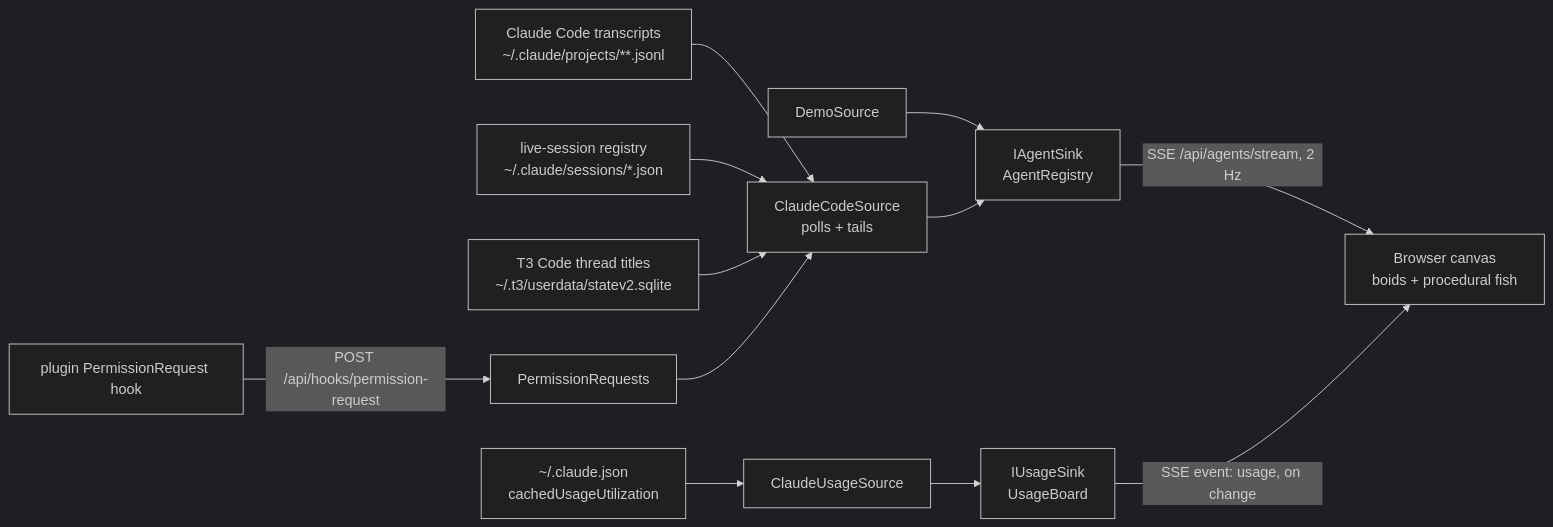
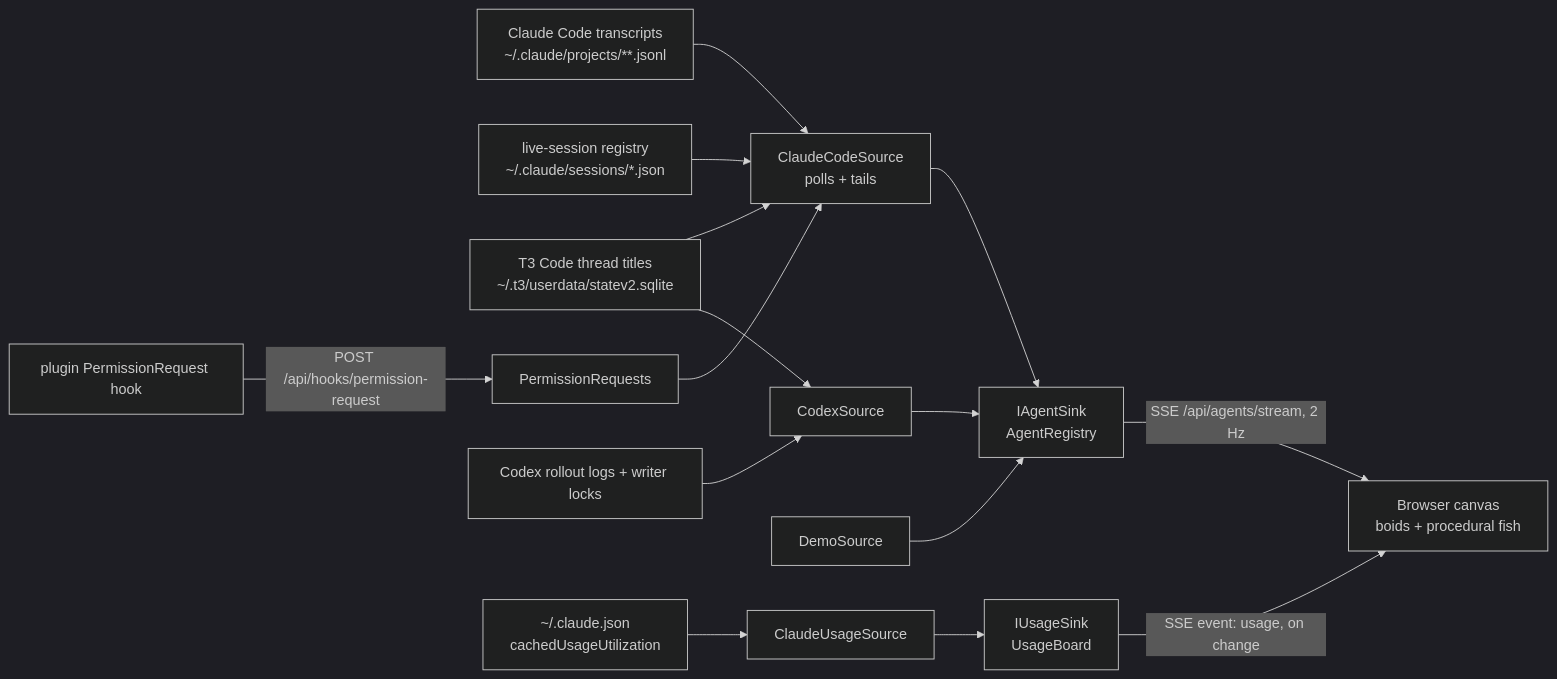
Before and after one commit to guyvdn/AgentAquarium: the diagram in README.md, drawn with Mermaid (dark theme). The commit also changed other lines of this file and 21 other files, not shown here.

````diff
--- a/README.md
+++ b/README.md
@@ -72,12 +82,14 @@
 ```mermaid
 flowchart LR
   T[Claude Code transcripts<br/>~/.claude/projects/**.jsonl] --> CC[ClaudeCodeSource<br/>polls + tails]
   L[live-session registry<br/>~/.claude/sessions/*.json] --> CC
   T3[T3 Code thread titles<br/>~/.t3/userdata/statev2.sqlite] --> CC
   H[plugin PermissionRequest hook] -->|POST /api/hooks/permission-request| PR[PermissionRequests] --> CC
+  CX[Codex rollout logs + writer locks] --> CS[CodexSource] --> S
+  T3 --> CS
   D[DemoSource] --> S
   CC --> S[IAgentSink<br/>AgentRegistry]
   U[~/.claude.json<br/>cachedUsageUtilization] --> CU[ClaudeUsageSource] --> UB[IUsageSink<br/>UsageBoard]
   S -->|SSE /api/agents/stream, 2 Hz| B[Browser canvas<br/>boids + procedural fish]
   UB -->|SSE event: usage, on change| B
 ```
````
